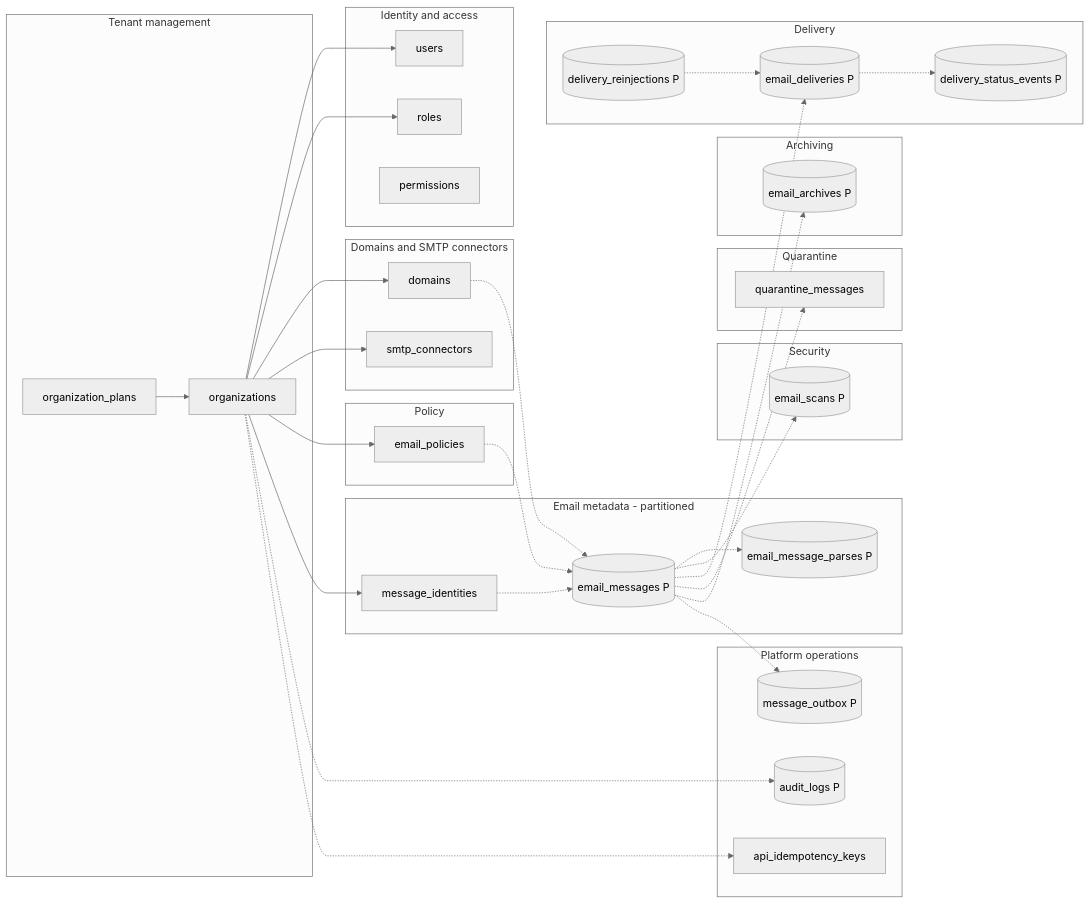
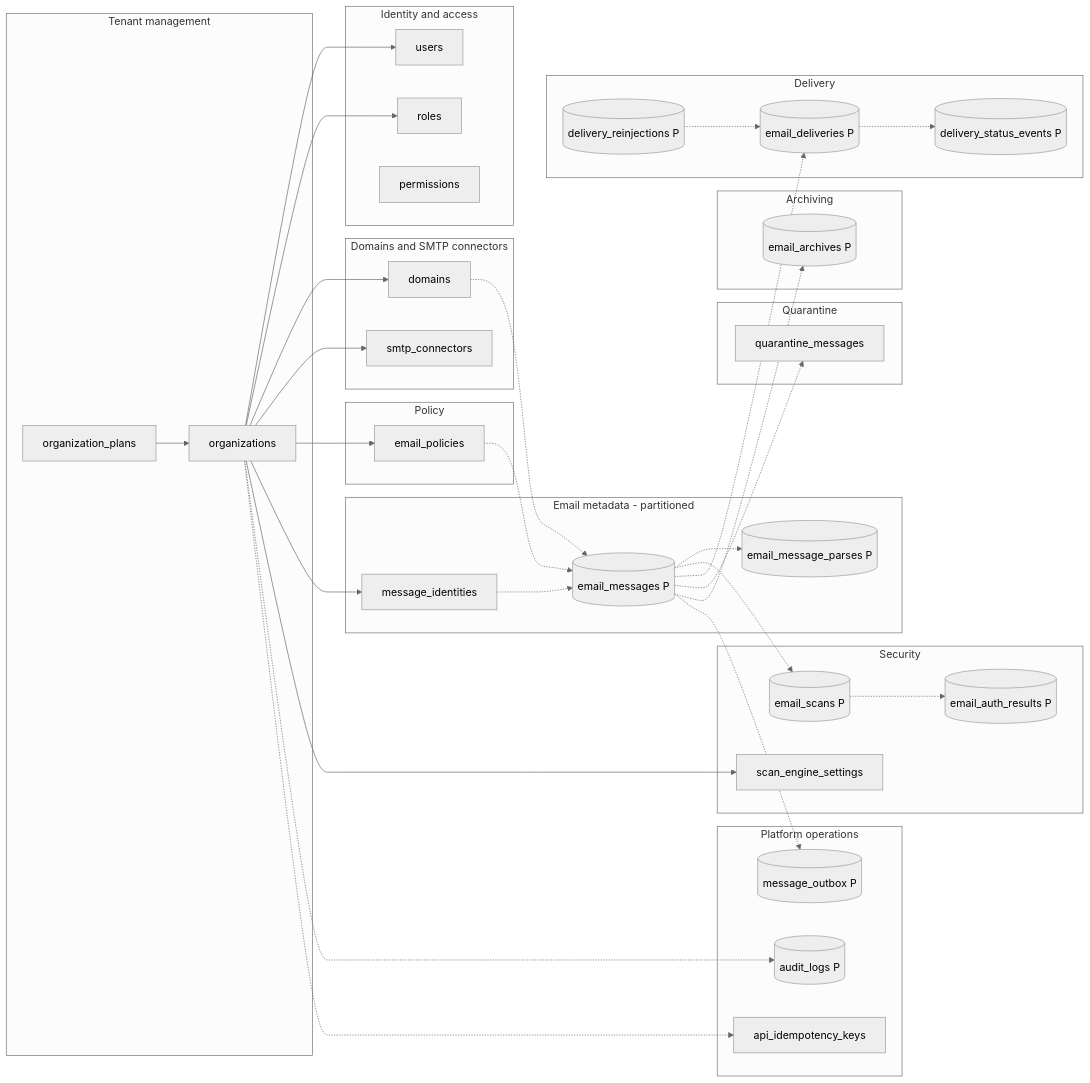
Before and after one commit to mnnitsarvesh-ai/email-gateway: the first of 11 diagrams in docs/database/er-diagram.md, drawn with Mermaid (neutral theme). The commit also changed other lines of this file and 276 other files, not shown here.

````diff
--- a/docs/database/er-diagram.md
+++ b/docs/database/er-diagram.md
@@ -14,63 +14,67 @@
 ```mermaid
 flowchart LR
   subgraph tenant[Tenant management]
     organizations
     organization_plans
   end
   subgraph iam[Identity and access]
     users
     roles
     permissions
   end
   subgraph domain[Domains and SMTP connectors]
     domains
     smtp_connectors
   end
   subgraph mail[Email metadata - partitioned]
     message_identities
     email_messages[(email_messages P)]
     email_message_parses[(email_message_parses P)]
   end
   subgraph security[Security]
     email_scans[(email_scans P)]
+    email_auth_results[(email_auth_results P)]
+    scan_engine_settings
   end
   subgraph policy[Policy]
     email_policies
   end
   subgraph delivery[Delivery]
     email_deliveries[(email_deliveries P)]
     delivery_reinjections[(delivery_reinjections P)]
     delivery_status_events[(delivery_status_events P)]
   end
   subgraph quarantine[Quarantine]
     quarantine_messages
   end
   subgraph archive[Archiving]
     email_archives[(email_archives P)]
   end
   subgraph ops[Platform operations]
     message_outbox[(message_outbox P)]
     audit_logs[(audit_logs P)]
     api_idempotency_keys
   end
   organization_plans --> organizations
   organizations --> users
   organizations --> roles
   organizations --> domains
   organizations --> smtp_connectors
   organizations --> email_policies
   organizations --> message_identities
   message_identities -.-> email_messages
   domains -.-> email_messages
   email_messages -.-> email_message_parses
   email_messages -.-> email_scans
+  email_scans -.-> email_auth_results
+  organizations --> scan_engine_settings
   email_messages -.-> email_deliveries
   delivery_reinjections -.-> email_deliveries
   email_deliveries -.-> delivery_status_events
   email_messages -.-> quarantine_messages
   email_messages -.-> email_archives
   email_messages -.-> message_outbox
   email_policies -.-> email_messages
   organizations -.-> audit_logs
   organizations -.-> api_idempotency_keys
 ```
````
